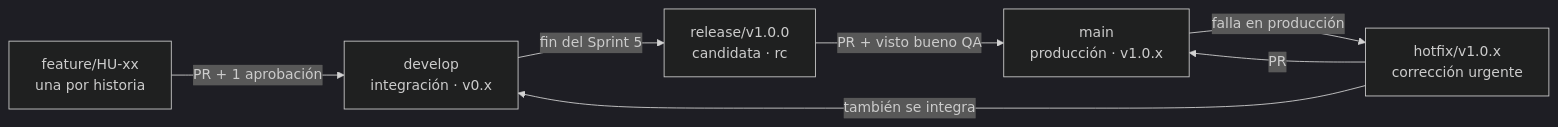
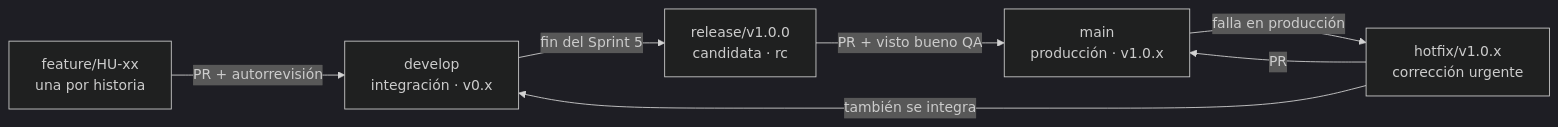
One commit to edluj/frutis changed the diagram in docs/gestion/plan_gestion_configuracion.md. Above: the diagram before and after it, drawn with Mermaid (dark theme). The commit also changed other lines of this file and 2 other files, not shown here.

First line of the commit message:
docs(gestion): adapta el plan a un equipo de una persona

````diff
--- a/docs/gestion/plan_gestion_configuracion.md
+++ b/docs/gestion/plan_gestion_configuracion.md
@@ -83,9 +85,9 @@
 ```mermaid
 flowchart LR
-    F["feature/HU-xx<br/>una por historia"] -- "PR + 1 aprobación" --> D["develop<br/>integración · v0.x"]
+    F["feature/HU-xx<br/>una por historia"] -- "PR + autorrevisión" --> D["develop<br/>integración · v0.x"]
     D -- "fin del Sprint 5" --> R["release/v1.0.0<br/>candidata · rc"]
     R -- "PR + visto bueno QA" --> M["main<br/>producción · v1.0.x"]
     M -- "falla en producción" --> H["hotfix/v1.0.x<br/>corrección urgente"]
     H -- "PR" --> M
     H -- "también se integra" --> D
 ```
````
